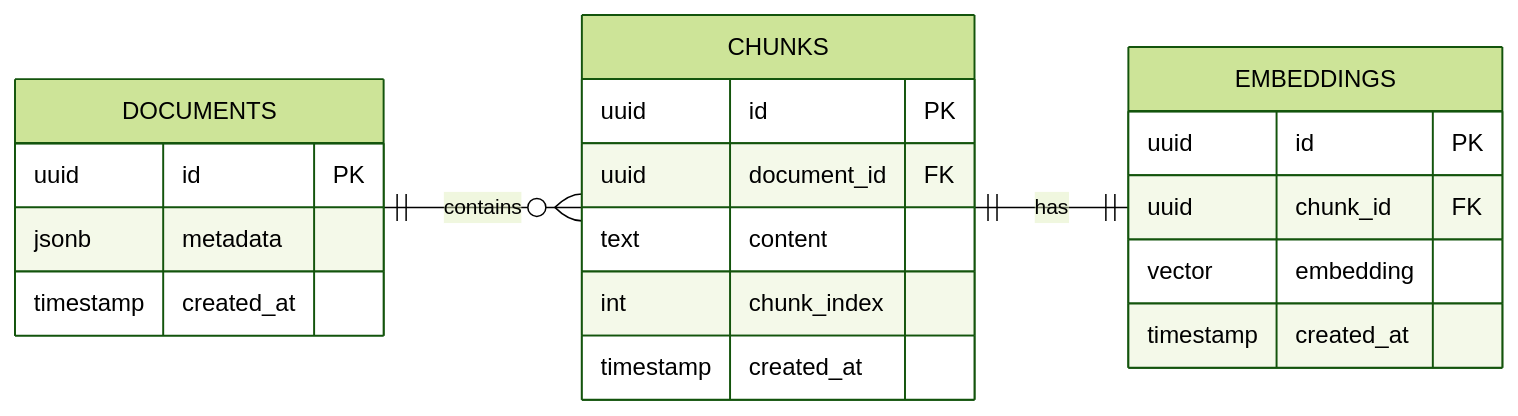
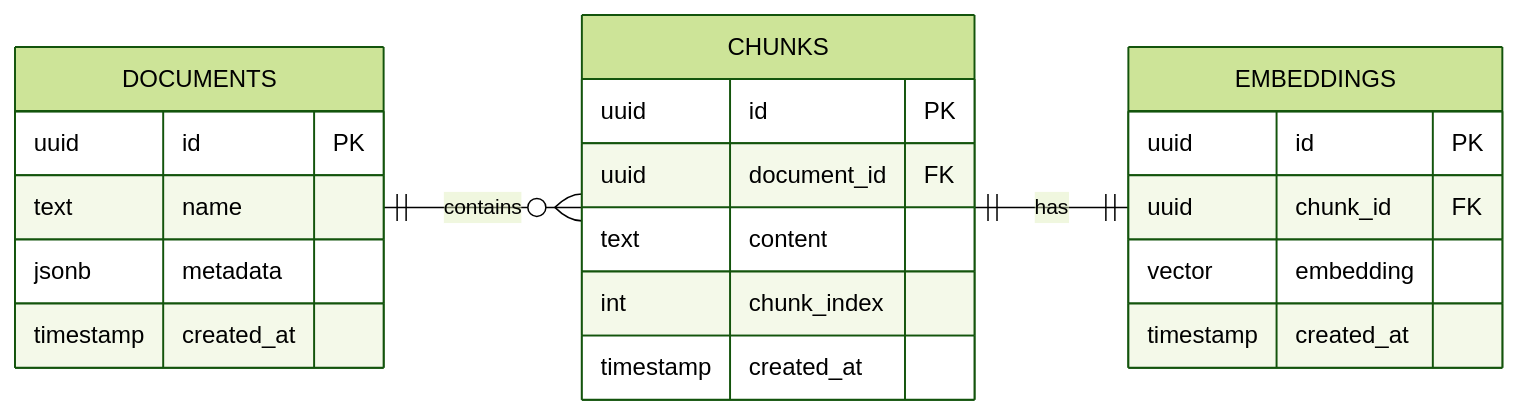
Before and after one commit to jsandino/production-rag-system: the third of 3 diagrams in services/ingestion-service/README.md, drawn with Mermaid (forest theme). The commit also changed other lines of this file, not shown here.

Commit message:
docs(ingest): fix stale API docs and ERD after document_name refactor

````diff
--- a/services/ingestion-service/README.md
+++ b/services/ingestion-service/README.md
@@ -130,27 +130,28 @@
 ```mermaid
 erDiagram
     direction LR
     DOCUMENTS ||--o{ CHUNKS : contains
     CHUNKS ||--|| EMBEDDINGS : has
 
     DOCUMENTS {
         uuid id PK
+        text name
         jsonb metadata
         timestamp created_at
     }
 
     CHUNKS {
         uuid id PK
         uuid document_id FK
         text content
         int chunk_index
         timestamp created_at
     }
 
     EMBEDDINGS {
         uuid id PK
         uuid chunk_id FK
         vector embedding
         timestamp created_at
     }
 ```
````
